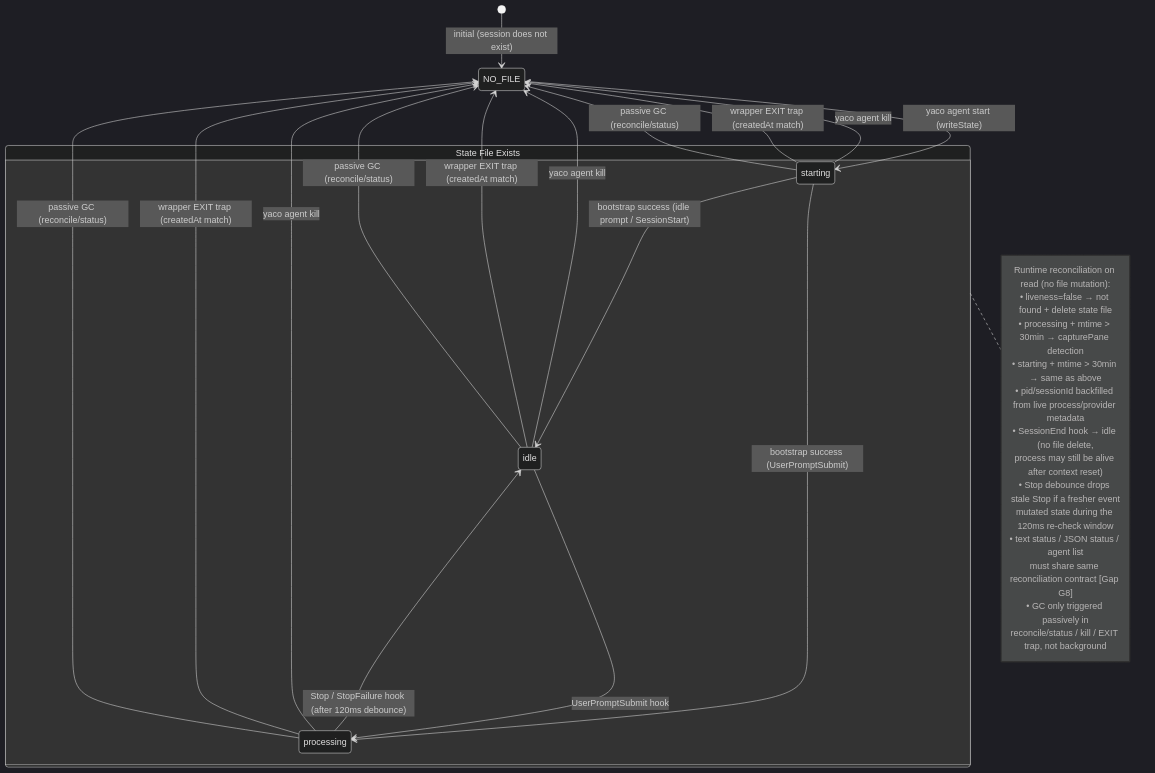
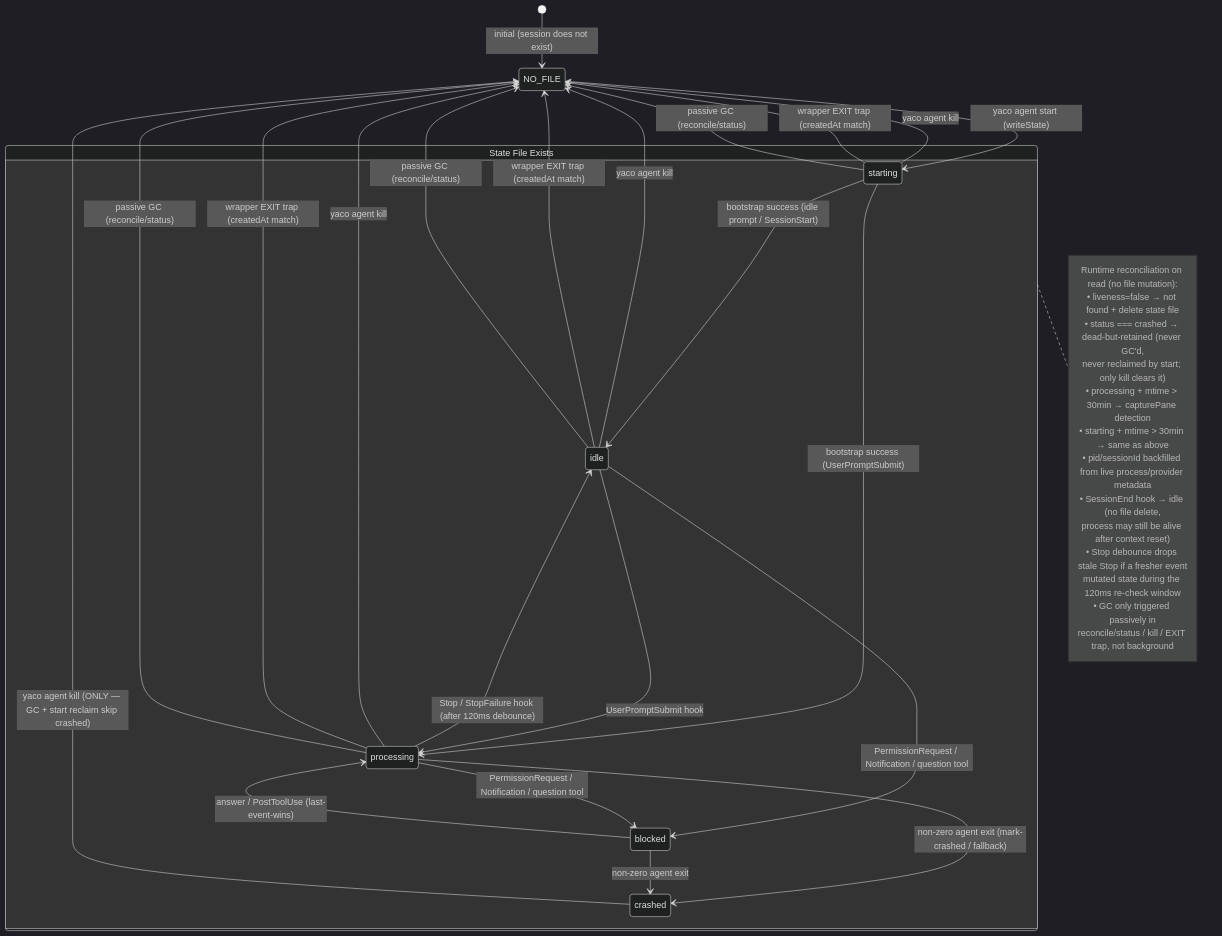
The first of 7 diagrams in doc/main/cli/lifecycle.md (imoonkey/yaco), drawn with Mermaid (dark theme) before and after one commit. The commit also changed other lines of this file and 21 other files, not shown here.

````diff
--- a/doc/main/cli/lifecycle.md
+++ b/doc/main/cli/lifecycle.md
@@ -11,42 +11,51 @@
 ```mermaid
 stateDiagram-v2
     [*] --> NO_FILE : initial (session does not exist)
 
     state "State File Exists" as EXISTS {
         starting --> idle : bootstrap success (idle prompt / SessionStart)
         starting --> processing : bootstrap success (UserPromptSubmit)
 
         idle --> processing : UserPromptSubmit hook
         processing --> idle : Stop / StopFailure hook (after 120ms debounce)
+
+        idle --> blocked : PermissionRequest / Notification / question tool
+        processing --> blocked : PermissionRequest / Notification / question tool
+        blocked --> processing : answer / PostToolUse (last-event-wins)
+
+        processing --> crashed : non-zero agent exit (mark-crashed / fallback)
+        blocked --> crashed : non-zero agent exit
     }
 
     NO_FILE --> starting : yaco agent start (writeState)
 
     starting --> NO_FILE : yaco agent kill
     starting --> NO_FILE : wrapper EXIT trap (createdAt match)
     starting --> NO_FILE : passive GC (reconcile/status)
 
     idle --> NO_FILE : yaco agent kill
     idle --> NO_FILE : wrapper EXIT trap (createdAt match)
     idle --> NO_FILE : passive GC (reconcile/status)
 
     processing --> NO_FILE : yaco agent kill
     processing --> NO_FILE : wrapper EXIT trap (createdAt match)
     processing --> NO_FILE : passive GC (reconcile/status)
 
+    crashed --> NO_FILE : yaco agent kill (ONLY — GC + start reclaim skip crashed)
+
     note right of EXISTS
         Runtime reconciliation on read (no file mutation):
         • liveness=false → not found + delete state file
+        • status === crashed → dead-but-retained (never GC'd,
+          never reclaimed by start; only kill clears it)
         • processing + mtime > 30min → capturePane detection
         • starting + mtime > 30min → same as above
         • pid/sessionId backfilled from live process/provider metadata
         • SessionEnd hook → idle (no file delete,
           process may still be alive after context reset)
         • Stop debounce drops stale Stop if a fresher event
           mutated state during the 120ms re-check window
-        • text status / JSON status / agent list
-          must share same reconciliation contract [Gap G8]
         • GC only triggered passively in
           reconcile/status / kill / EXIT trap, not background
     end note
 ```
````
